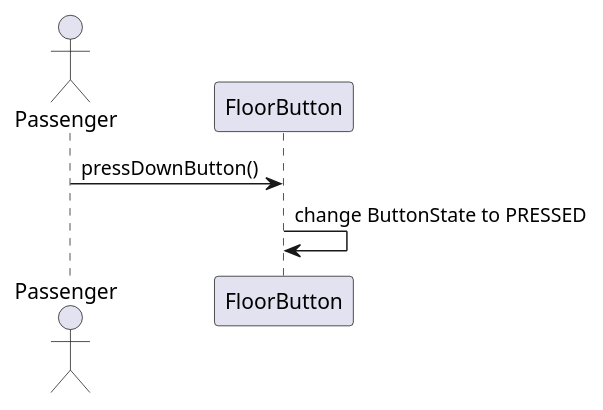
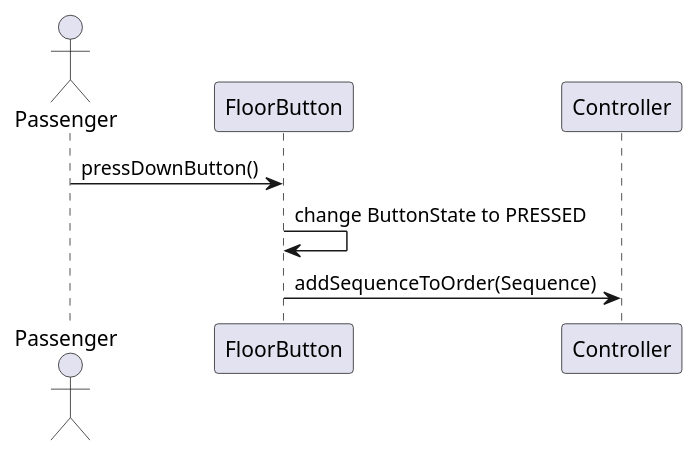
One commit to WhiteSnakeE/ElevatorDriver changed the diagram in src/documentation/methods/pressDownButton.puml. Above: the diagram before and after it, drawn with PlantUML. The commit also changed 3 other files, not shown here.

Commit message:
Added executeCommand. Change sequence diagram

```diff
--- a/src/documentation/methods/pressDownButton.puml
+++ b/src/documentation/methods/pressDownButton.puml
@@ -1,9 +1,11 @@
 @startuml
 
 actor Passenger
 
 Passenger -> FloorButton: pressDownButton()
 
 FloorButton -> FloorButton: change ButtonState to PRESSED
 
+FloorButton -> Controller: addSequenceToOrder(Sequence)
+
 @enduml
```
